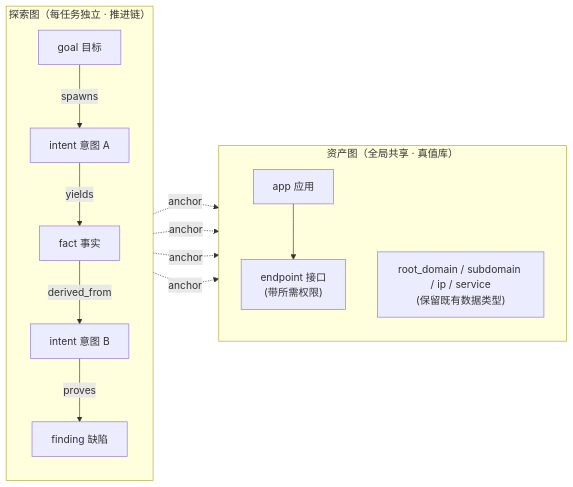
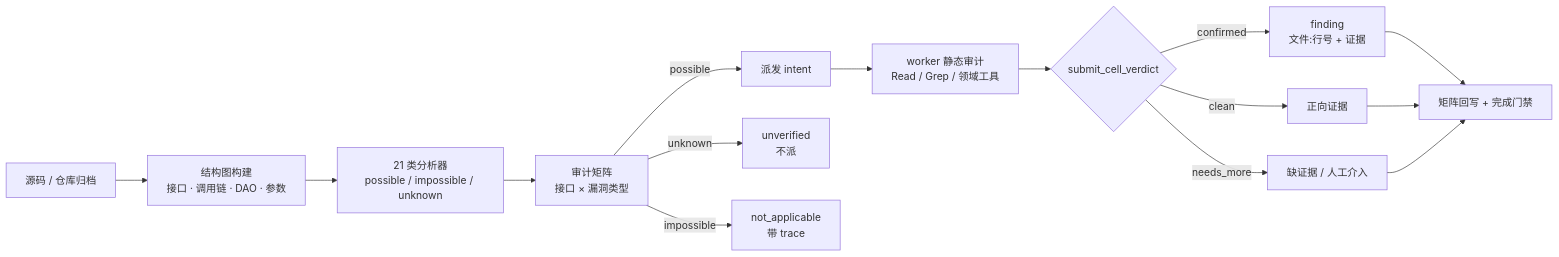
The diagram in README.md (ALisCat/codescan-artex), drawn with Mermaid before and after one commit. The commit also changed other lines of this file, not shown here.

````diff
--- a/README.md
+++ b/README.md
@@ -148,26 +74,17 @@
 ```mermaid
 flowchart LR
-  subgraph EG["探索图（每任务独立 · 推进链）"]
-    direction TB
-    G["goal 目标"]
-    I1["intent 意图 A"]
-    F1["fact 事实"]
-    I2["intent 意图 B"]
-    FD["finding 缺陷"]
-    G -->|spawns| I1
-    I1 -->|yields| F1
-    F1 -->|derived_from| I2
-    I2 -->|proves| FD
-  end
-  subgraph AG["资产图（全局共享 · 真值库）"]
-    direction TB
-    APP["app 应用"]
-    EP["endpoint 接口<br/>(带所需权限)"]
-    LEG["root_domain / subdomain / ip / service<br/>(保留既有数据类型)"]
-    APP --> EP
-  end
-  I1 -. anchor .-> APP
-  F1 -. anchor .-> EP
-  I2 -. anchor .-> EP
-  FD -. anchor .-> EP
+  S["源码 / 仓库归档"] --> G["结构图构建<br/>接口 · 调用链 · DAO · 参数"]
+  G --> A["21 类分析器<br/>possible / impossible / unknown"]
+  A --> M["审计矩阵<br/>接口 × 漏洞类型"]
+  M -->|possible| D["派发 intent"]
+  M -->|unknown| U["unverified<br/>不派"]
+  M -->|impossible| N["not_applicable<br/>带 trace"]
+  D --> W["worker 静态审计<br/>Read / Grep / 领域工具"]
+  W --> V{"submit_cell_verdict"}
+  V -->|confirmed| F["finding<br/>文件:行号 + 证据"]
+  V -->|clean| C["正向证据"]
+  V -->|needs_more| H["缺证据 / 人工介入"]
+  F --> R["矩阵回写 + 完成门禁"]
+  C --> R
+  H --> R
 ```
````
